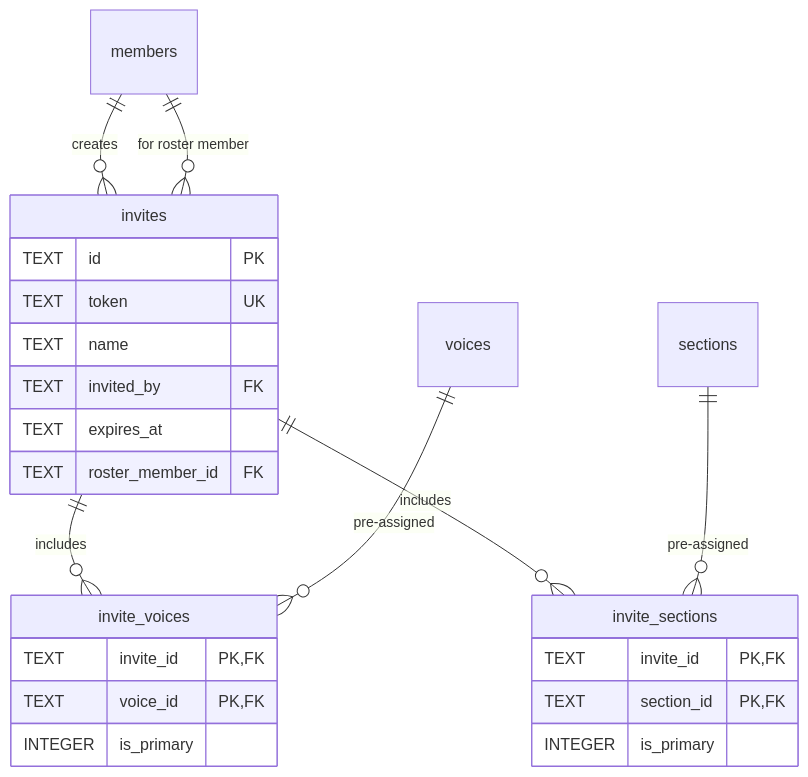
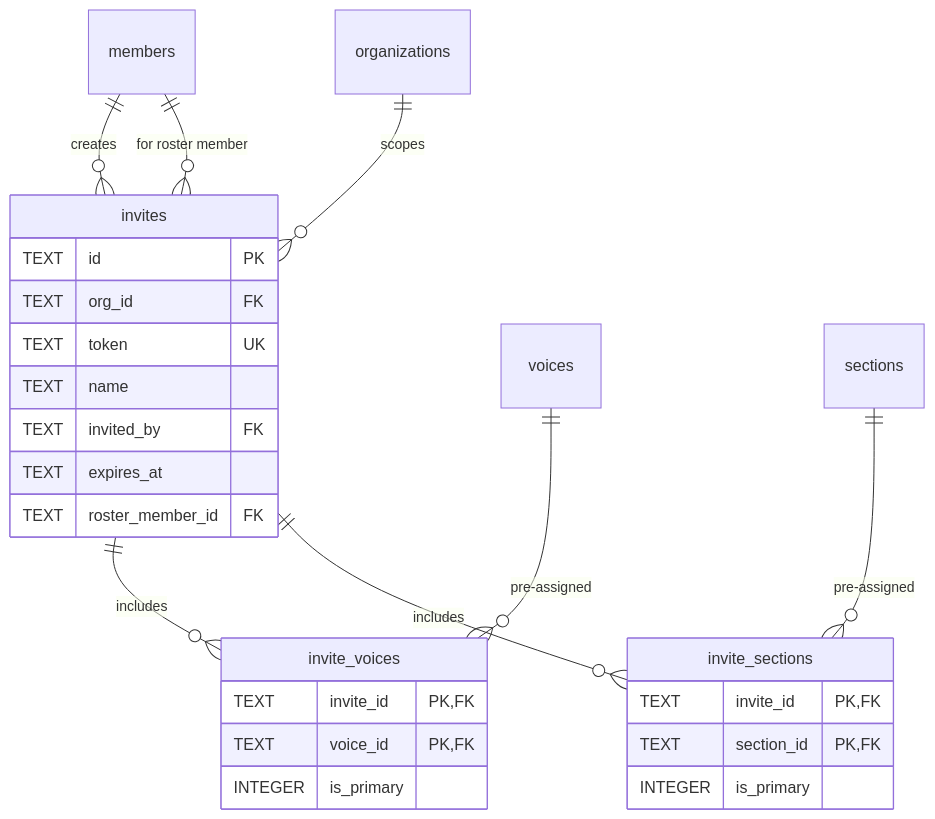
The seventh of 9 diagrams in docs/DATABASE-SCHEMA.md (mitselek/polyphony), drawn with Mermaid before and after one commit. The commit also changed other lines of this file, not shown here.

First line of the commit message:
docs: rewrite DATABASE-SCHEMA.md for Schema V2

````diff
--- a/docs/DATABASE-SCHEMA.md
+++ b/docs/DATABASE-SCHEMA.md
@@ -543,30 +668,32 @@
 ```mermaid
 erDiagram
     members ||--o{ invites : "creates"
+    organizations ||--o{ invites : "scopes"
     invites }o--|| members : "for roster member"
     invites ||--o{ invite_voices : "includes"
     invites ||--o{ invite_sections : "includes"
     voices ||--o{ invite_voices : "pre-assigned"
     sections ||--o{ invite_sections : "pre-assigned"
 
     invites {
         TEXT id PK
+        TEXT org_id FK
         TEXT token UK
         TEXT name
         TEXT invited_by FK
         TEXT expires_at
         TEXT roster_member_id FK
     }
 
     invite_voices {
         TEXT invite_id PK,FK
         TEXT voice_id PK,FK
         INTEGER is_primary
     }
 
     invite_sections {
         TEXT invite_id PK,FK
         TEXT section_id PK,FK
         INTEGER is_primary
     }
 ```
````
